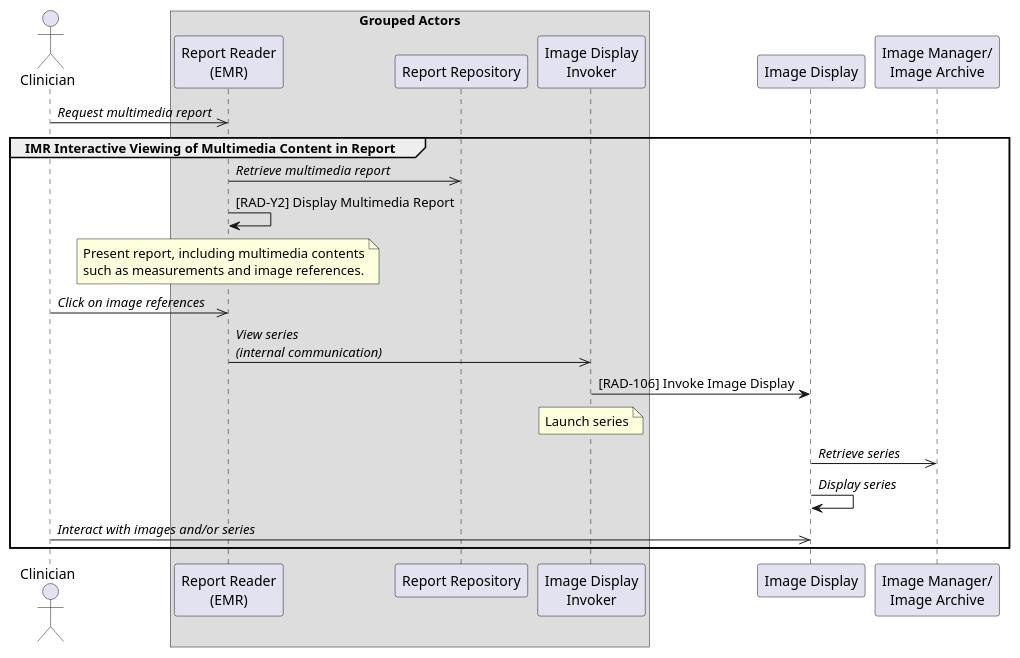
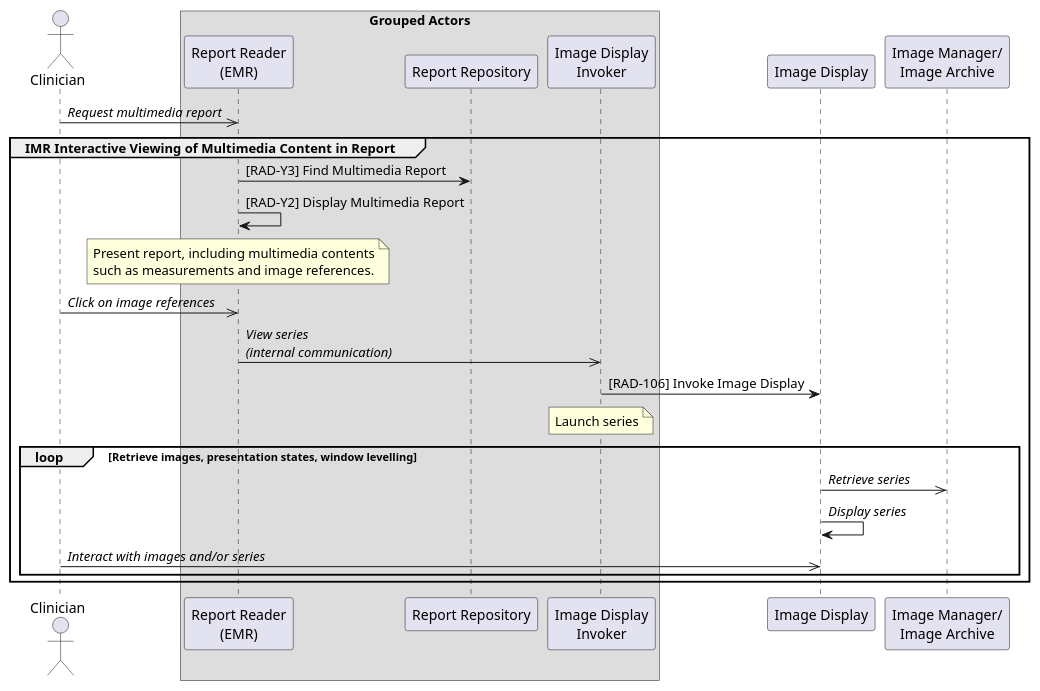
The diagram in input/images-source/uc3-presenting-interactive-report-EMR.plantuml (IHE/RAD.IMR), drawn with PlantUML before and after one commit. The commit also changed 7 other files, not shown here.

Commit message:
Updated to have Image Display supports RAD-Y5. The standalone Report Reader now supports retrieve rendered images. Updated the use cases to reflect the rendered image display differences.

```diff
--- a/input/images-source/uc3-presenting-interactive-report-EMR.plantuml
+++ b/input/images-source/uc3-presenting-interactive-report-EMR.plantuml
@@ -1,35 +1,39 @@
 @startuml
 
 actor Clinician as Clinician
 
 box Grouped Actors
 participant "Report Reader\n(EMR)" as EMR
 participant "Report Repository" as Repo
 participant "Image Display\nInvoker" as Invoker
 end box
 
 participant "Image Display" as Display
 participant "Image Manager/\nImage Archive" as Archive
 
 Clinician->>EMR: //Request multimedia report//
 group IMR Interactive Viewing of Multimedia Content in Report
-EMR->>Repo: //Retrieve multimedia report//
+EMR->Repo: [RAD-Y3] Find Multimedia Report
 EMR->EMR: [RAD-Y2] Display Multimedia Report
 note over EMR
 Present report, including multimedia contents
 such as measurements and image references.
 end note
 
 Clinician->>EMR: //Click on image references//
 EMR->>Invoker: //View series//\n//(internal communication)//
 Invoker->Display: [RAD-106] Invoke Image Display
 note over Invoker
 Launch series
 end note
+
+loop Retrieve images, presentation states, window levelling
 Display->>Archive: //Retrieve series//
 Display->Display: //Display series//
 
 Clinician->>Display: //Interact with images and/or series//
+end loop
+
 end
 
 @enduml
```
